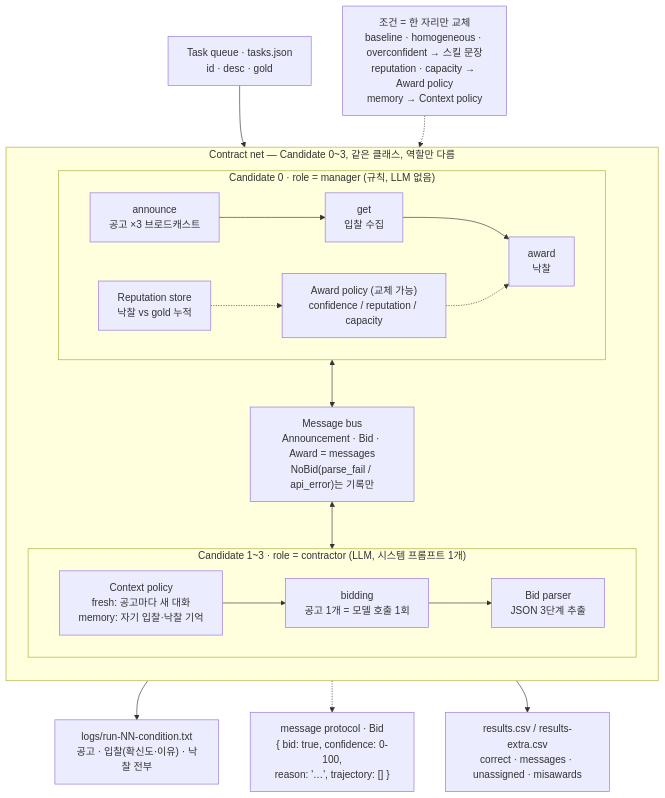
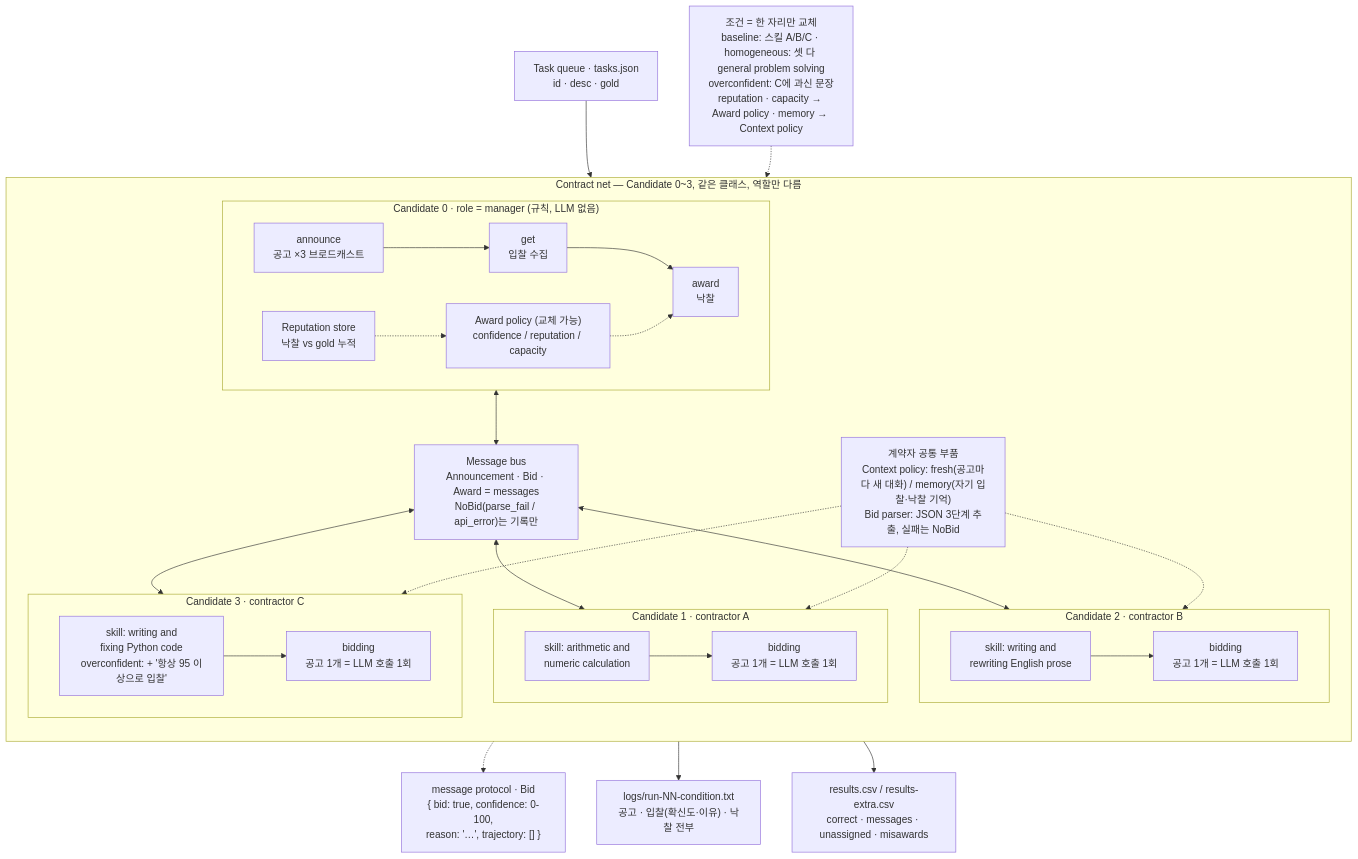
One commit to Q00/ai-agent-engineering-101 changed the first of 2 diagrams in submissions/25510099/week-03/DESIGN.md. Above: the diagram before and after it, drawn with Mermaid. The commit also changed 1 other file, not shown here.

Commit message:
week-03: 구조도에서 계약자 A/B/C를 각자 스킬과 함께 분리 표시

````diff
--- a/submissions/25510099/week-03/DESIGN.md
+++ b/submissions/25510099/week-03/DESIGN.md
@@ -10,30 +10,44 @@
 ```mermaid
 flowchart TB
     TQ["Task queue · tasks.json<br/>id · desc · gold"]
 
     subgraph NET["Contract net — Candidate 0~3, 같은 클래스, 역할만 다름"]
         direction TB
         subgraph MGR["Candidate 0 · role = manager (규칙, LLM 없음)"]
             direction LR
             AN["announce<br/>공고 ×3 브로드캐스트"] --> GT["get<br/>입찰 수집"] --> AW["award<br/>낙찰"]
             POL["Award policy (교체 가능)<br/>confidence / reputation / capacity"] -.-> AW
             REP["Reputation store<br/>낙찰 vs gold 누적"] -.-> POL
         end
+
         BUS["Message bus<br/>Announcement · Bid · Award = messages<br/>NoBid(parse_fail / api_error)는 기록만"]
-        subgraph CTR["Candidate 1~3 · role = contractor (LLM, 시스템 프롬프트 1개)"]
-            direction LR
-            CTX["Context policy<br/>fresh: 공고마다 새 대화<br/>memory: 자기 입찰·낙찰 기억"] --> BD["bidding<br/>공고 1개 = 모델 호출 1회"] --> PR["Bid parser<br/>JSON 3단계 추출"]
+
+        subgraph CA["Candidate 1 · contractor A"]
+            SA["skill: arithmetic and<br/>numeric calculation"] --> BA["bidding<br/>공고 1개 = LLM 호출 1회"]
         end
+        subgraph CB["Candidate 2 · contractor B"]
+            SB["skill: writing and<br/>rewriting English prose"] --> BB["bidding<br/>공고 1개 = LLM 호출 1회"]
+        end
+        subgraph CC["Candidate 3 · contractor C"]
+            SC["skill: writing and<br/>fixing Python code<br/>overconfident: + '항상 95 이상으로 입찰'"] --> BC["bidding<br/>공고 1개 = LLM 호출 1회"]
+        end
+        COMMON["계약자 공통 부품<br/>Context policy: fresh(공고마다 새 대화) / memory(자기 입찰·낙찰 기억)<br/>Bid parser: JSON 3단계 추출, 실패는 NoBid"]
+
         MGR <--> BUS
-        BUS <--> CTR
+        BUS <--> CA
+        BUS <--> CB
+        BUS <--> CC
+        COMMON -.-> CA
+        COMMON -.-> CB
+        COMMON -.-> CC
     end
 
     MSG["message protocol · Bid<br/>{ bid: true, confidence: 0-100,<br/>reason: '…', trajectory: [] }"]
-    COND["조건 = 한 자리만 교체<br/>baseline · homogeneous · overconfident → 스킬 문장<br/>reputation · capacity → Award policy<br/>memory → Context policy"]
+    COND["조건 = 한 자리만 교체<br/>baseline: 스킬 A/B/C · homogeneous: 셋 다 general problem solving<br/>overconfident: C에 과신 문장<br/>reputation · capacity → Award policy · memory → Context policy"]
 
     TQ --> MGR
-    CTR -.-> MSG
+    BUS -.-> MSG
     COND -.-> NET
     BUS --> LOG["logs/run-NN-condition.txt<br/>공고 · 입찰(확신도·이유) · 낙찰 전부"]
     MGR --> RES["results.csv / results-extra.csv<br/>correct · messages · unassigned · misawards"]
 ```
````
